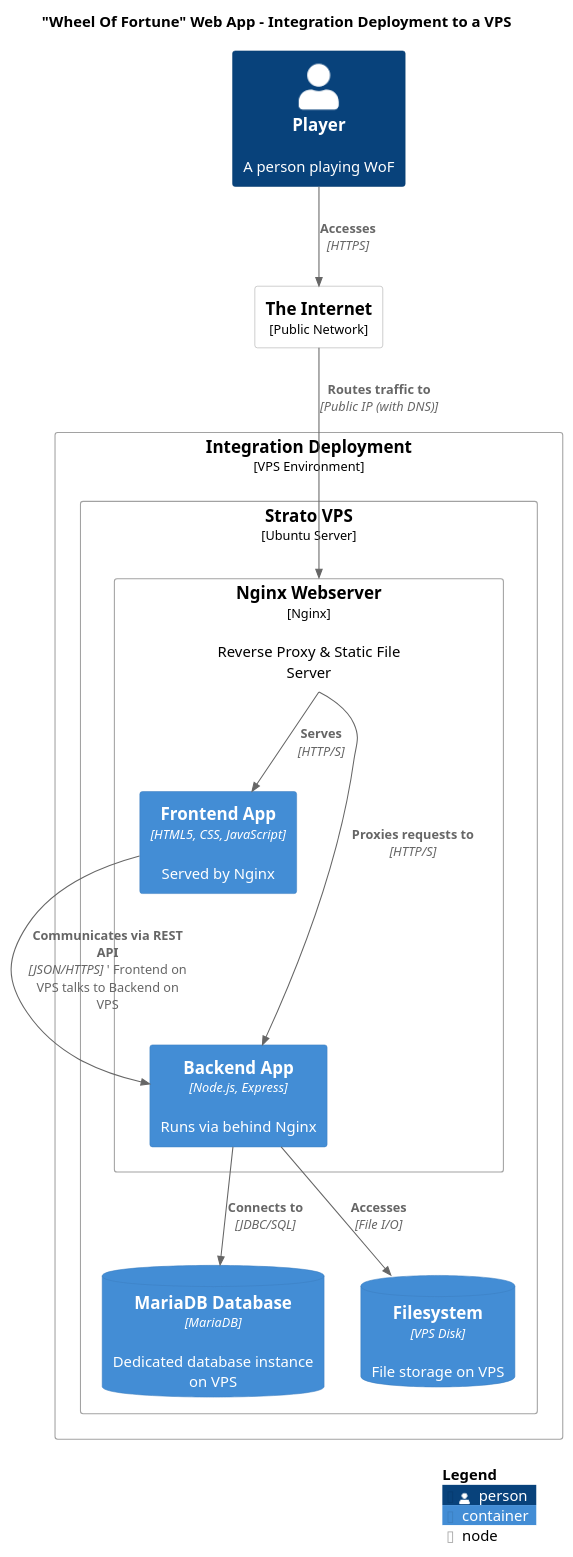
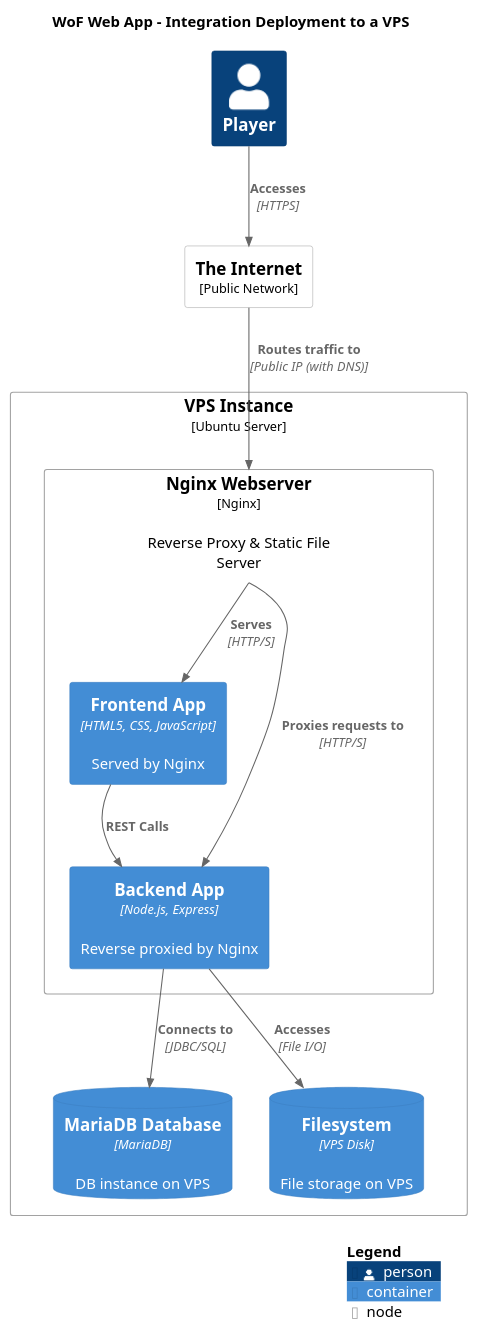
The diagram in docs/diagrams/7.wof-int_env_deployment.puml (tecsa-hsy/tecsa-repo-m1), drawn with PlantUML before and after one commit. The commit also changed 4 other files, not shown here.

Commit message:
Added VPS Deployment docs, code & config

```diff
--- a/docs/diagrams/7.wof-int_env_deployment.puml
+++ b/docs/diagrams/7.wof-int_env_deployment.puml
@@ -1,41 +1,39 @@
 @startuml C4_Integration_Deployment_Diagram
 
 !include https://raw.githubusercontent.com/plantuml-stdlib/C4-PlantUML/master/C4_Deployment.puml
 
-title "Wheel Of Fortune" Web App - Integration Deployment to a VPS
+title WoF Web App - Integration Deployment to a VPS
 
 ' Define the Person (User)
-Person(player, "Player", "A person playing WoF")
+Person(player, "Player")
 
 ' Define the Internet as a global boundary (empty, just conceptual)
 Deployment_Node(internet, "The Internet", "Public Network") {
 
 }
 
 ' Integration Deployment (Strato VPS)
-Deployment_Node(vpsEnv, "Integration Deployment", "VPS Environment") {
 
-    Deployment_Node(stratoVPS, "Strato VPS", "Ubuntu Server") {
+Deployment_Node(stratoVPS, "VPS Instance", "Ubuntu Server") {
 
-        Deployment_Node(nginx, "Nginx Webserver", "Nginx", "Reverse Proxy & Static File Server") {
-            Container(vpsFrontend, "Frontend App", "HTML5, CSS, JavaScript", "Served by Nginx")
-            Container(vpsBackend, "Backend App", "Node.js, Express", "Runs via behind Nginx")
-        }
-        ContainerDb(vpsMariaDB, "MariaDB Database", "MariaDB", "Dedicated database instance on VPS")
-        ContainerDb(vpsFilesystem, "Filesystem", "VPS Disk", "File storage on VPS")
+    Deployment_Node(nginx, "Nginx Webserver", "Nginx", "Reverse Proxy & Static File Server") {
+        Container(vpsFrontend, "Frontend App", "HTML5, CSS, JavaScript", "Served by Nginx")
+        Container(vpsBackend, "Backend App", "Node.js, Express", "Reverse proxied by Nginx")
     }
+    ContainerDb(vpsMariaDB, "MariaDB Database", "MariaDB", "DB instance on VPS")
+    ContainerDb(vpsFilesystem, "Filesystem", "VPS Disk", "File storage on VPS")
 }
 
 ' Relationships for Integration Deployment
 Rel(player, internet, "Accesses", "HTTPS")
 Rel(internet, nginx, "Routes traffic to", "Public IP (with DNS)")
 Rel(nginx, vpsFrontend, "Serves", "HTTP/S")
 Rel(nginx, vpsBackend, "Proxies requests to", "HTTP/S")
-Rel(vpsFrontend, vpsBackend, "Communicates via REST API", "JSON/HTTPS") ' Frontend on VPS talks to Backend on VPS
+Rel(vpsFrontend, vpsBackend, "REST Calls") 
 Rel(vpsBackend, vpsMariaDB, "Connects to", "JDBC/SQL")
 Rel(vpsBackend, vpsFilesystem, "Accesses", "File I/O")
 
 ' Optional: Add a legend for clarity
 SHOW_LEGEND()
 
 @enduml
```
